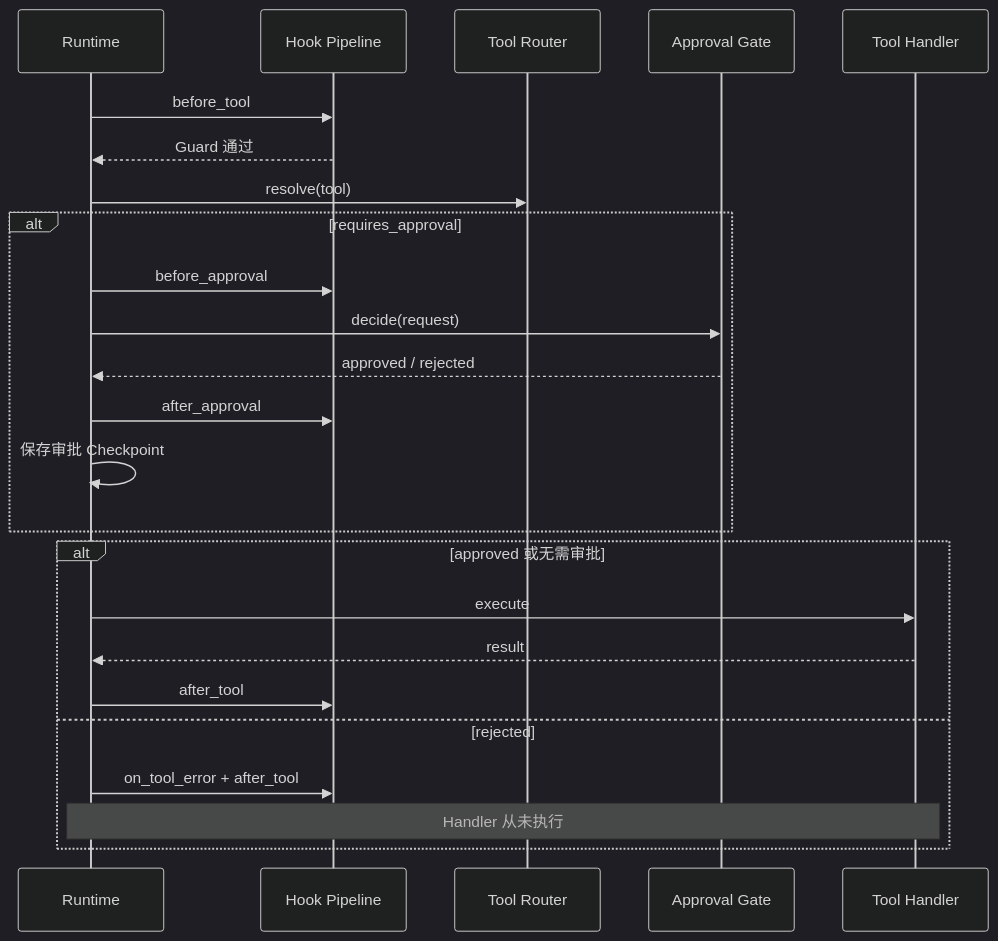
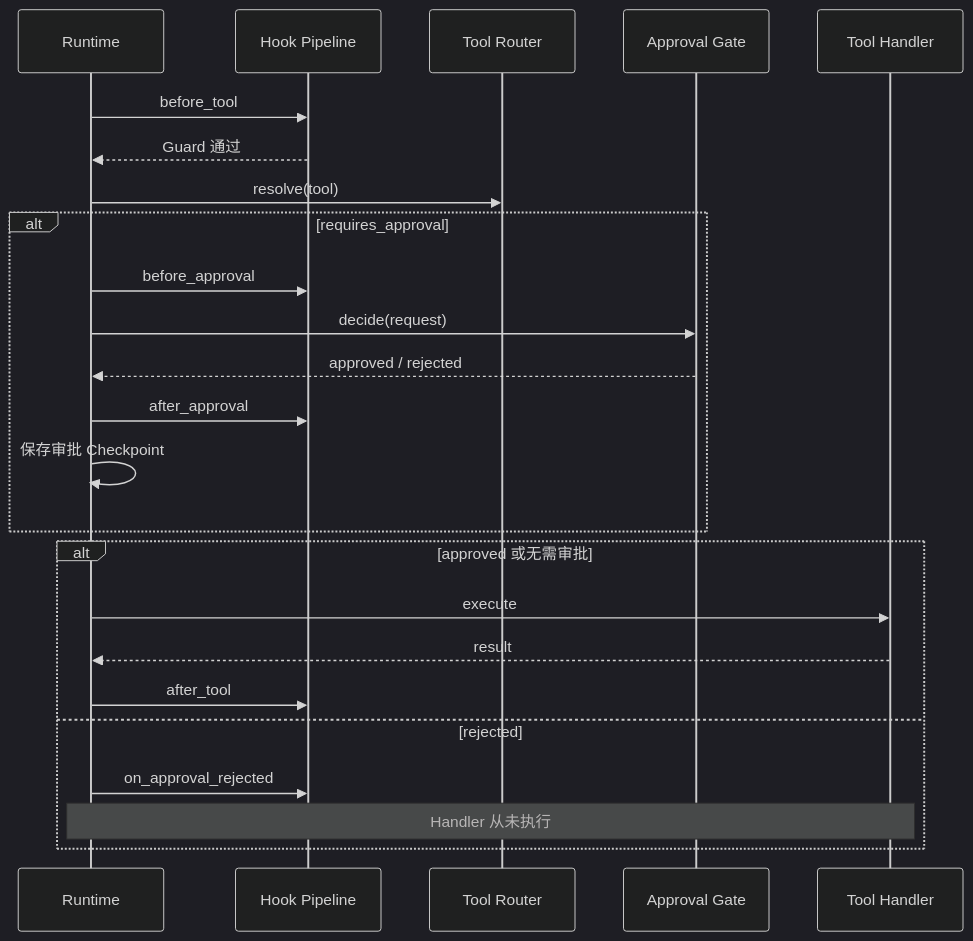
Before and after one commit to dollarser/modern-ai-agent-architecture: the fourth of 6 diagrams in docs/chapters/16-agent-host/README.md, drawn with Mermaid (dark theme). The commit also changed other lines of this file and 93 other files, not shown here.

````diff
--- a/docs/chapters/16-agent-host/README.md
+++ b/docs/chapters/16-agent-host/README.md
@@ -345,27 +364,27 @@
 ```mermaid
 sequenceDiagram
     participant R as Runtime
     participant H as Hook Pipeline
     participant T as Tool Router
     participant A as Approval Gate
     participant X as Tool Handler
 
     R->>H: before_tool
     H-->>R: Guard 通过
     R->>T: resolve(tool)
     alt requires_approval
         R->>H: before_approval
         R->>A: decide(request)
         A-->>R: approved / rejected
         R->>H: after_approval
         R->>R: 保存审批 Checkpoint
     end
     alt approved 或无需审批
         R->>X: execute
         X-->>R: result
         R->>H: after_tool
     else rejected
-        R->>H: on_tool_error + after_tool
+        R->>H: on_approval_rejected
         Note over R,X: Handler 从未执行
     end
 ```
````
